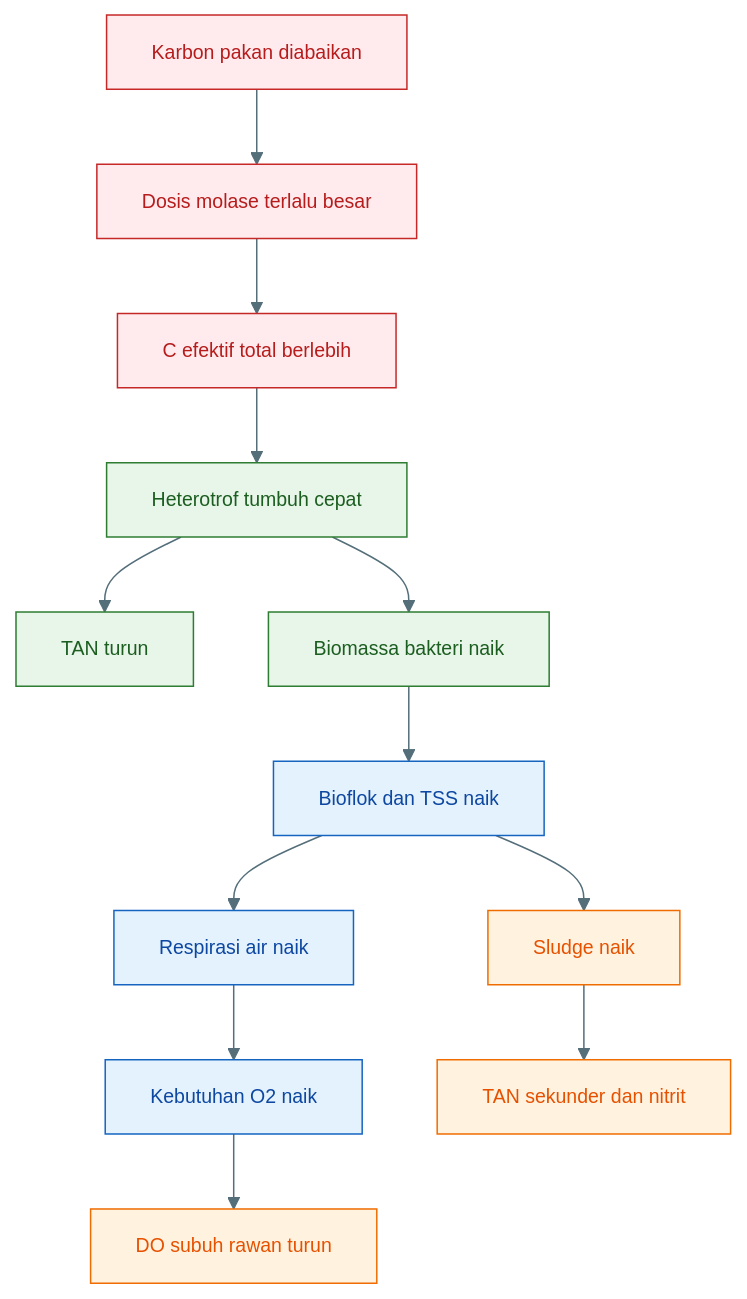
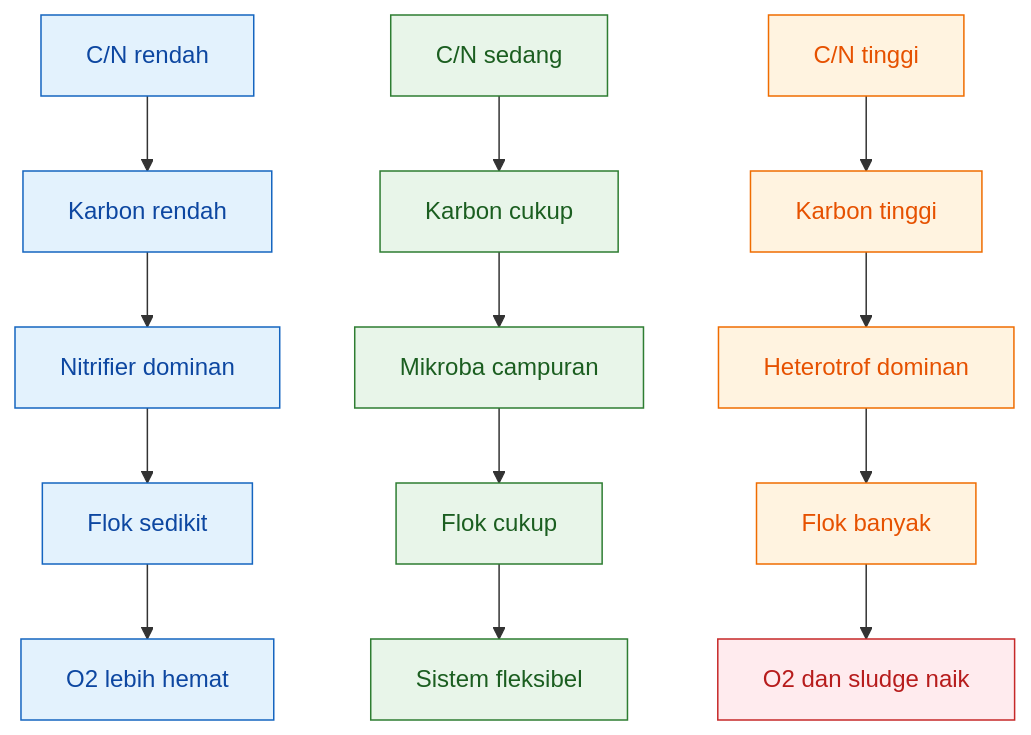
One commit to slametsampon/kawruhnology changed the second of 22 diagrams in content/blog/agri/perikanan/ratio-cn-rendah-biflok.mdx. Above: the diagram before and after it, drawn with Mermaid. The commit also changed other lines of this file, not shown here.

Commit message:
update ratio-cn-rendah

````diff
--- a/content/blog/agri/perikanan/ratio-cn-rendah-biflok.mdx
+++ b/content/blog/agri/perikanan/ratio-cn-rendah-biflok.mdx
@@ -332,37 +505,27 @@
-```mermaid id="rantai-risiko-over-carbon"
-%%{init: {'theme':'base','themeVariables':{
-'primaryColor':'#E3F2FD',
-'primaryTextColor':'#0D47A1',
-'primaryBorderColor':'#1565C0',
-'secondaryColor':'#E8F5E9',
-'secondaryTextColor':'#1B5E20',
-'secondaryBorderColor':'#2E7D32',
-'tertiaryColor':'#FFF3E0',
-'tertiaryTextColor':'#E65100',
-'tertiaryBorderColor':'#EF6C00',
-'lineColor':'#546E7A',
-'fontSize':'13px'
-}}}%%
+```mermaid
 flowchart TD
-    A["Karbon pakan diabaikan"] --> B["Dosis molase terlalu besar"]
-    B --> C["C efektif total berlebih"]
-    C --> D["Heterotrof tumbuh cepat"]
-    D --> E["TAN turun"]
-    D --> F["Biomassa bakteri naik"]
-    F --> G["Bioflok dan TSS naik"]
-    G --> H["Respirasi air naik"]
-    H --> I["Kebutuhan O2 naik"]
-    I --> J["DO subuh rawan turun"]
-    G --> K["Sludge naik"]
-    K --> L["TAN sekunder dan nitrit"]
+    A["C/N rendah"] --> B["Karbon rendah"]
+    B --> C["Nitrifier dominan"]
+    C --> D["Flok sedikit"]
+    D --> E["O2 lebih hemat"]
 
-    classDef salah fill:#FFEBEE,stroke:#C62828,color:#B71C1C;
-    classDef proses fill:#E3F2FD,stroke:#1565C0,color:#0D47A1;
-    classDef mikroba fill:#E8F5E9,stroke:#2E7D32,color:#1B5E20;
-    classDef risiko fill:#FFF3E0,stroke:#EF6C00,color:#E65100;
+    F["C/N sedang"] --> G["Karbon cukup"]
+    G --> H["Mikroba campuran"]
+    H --> I["Flok cukup"]
+    I --> J["Sistem fleksibel"]
 
-    class A,B,C salah;
-    class D,E,F mikroba;
-    class G,H,I proses;
-    class J,K,L risiko;
+    K["C/N tinggi"] --> L["Karbon tinggi"]
+    L --> M["Heterotrof dominan"]
+    M --> N["Flok banyak"]
+    N --> O["O2 dan sludge naik"]
+
+    classDef low fill:#e3f2fd,stroke:#1565c0,color:#0d47a1;
+    classDef mid fill:#e8f5e9,stroke:#2e7d32,color:#1b5e20;
+    classDef high fill:#fff3e0,stroke:#ef6c00,color:#e65100;
+    classDef risk fill:#ffebee,stroke:#c62828,color:#b71c1c;
+
+    class A,B,C,D,E low;
+    class F,G,H,I,J mid;
+    class K,L,M,N high;
+    class O risk;
 ```
````
